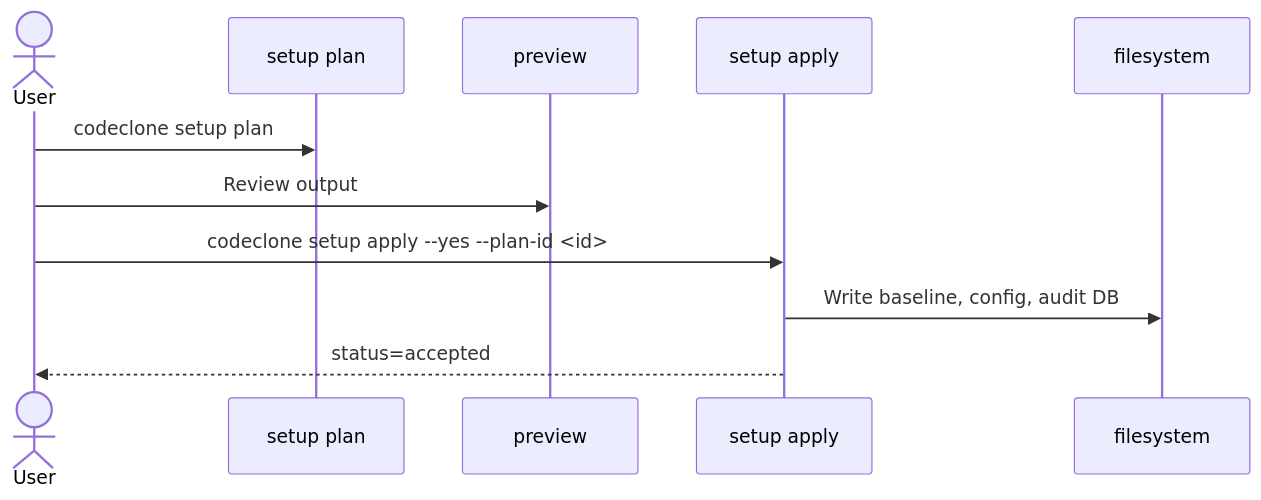
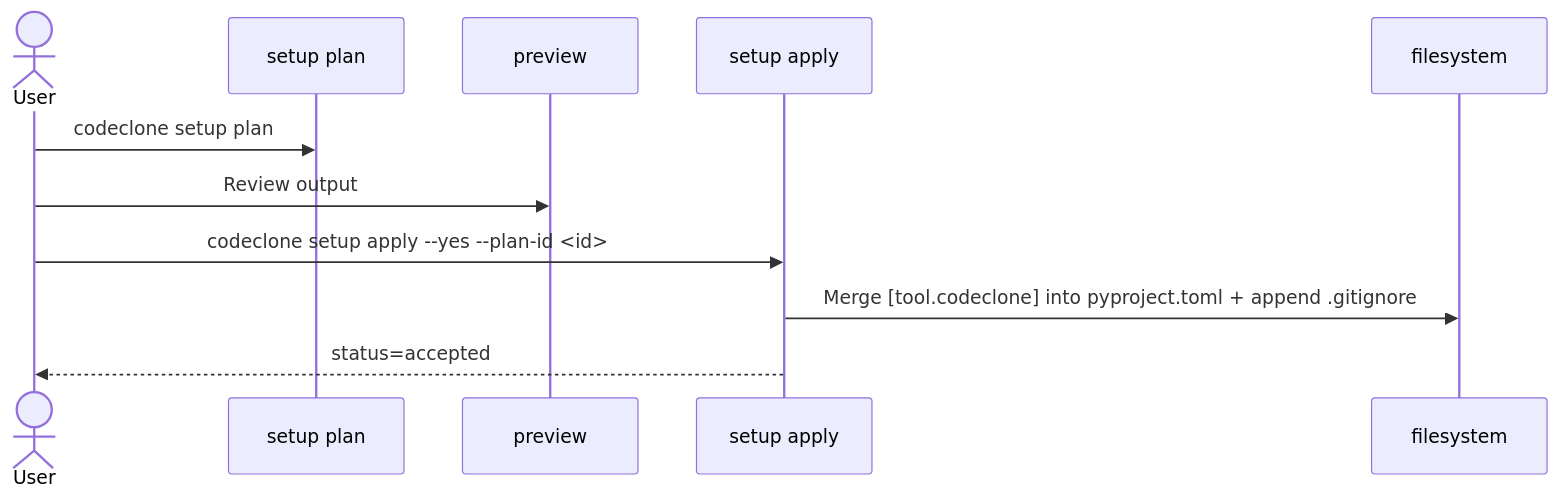
One commit to orenlab/codeclone changed the diagram in docs/guides/setup-project.md. Above: the diagram before and after it, drawn with Mermaid. The commit also changed other lines of this file and 38 other files, not shown here.

````diff
--- a/docs/guides/setup-project.md
+++ b/docs/guides/setup-project.md
@@ -32,9 +30,9 @@
 ```mermaid
 sequenceDiagram
   actor User
   User->>setup plan: codeclone setup plan
   User->>preview: Review output
   User->>setup apply: codeclone setup apply --yes --plan-id <id>
-  setup apply->>filesystem: Write baseline, config, audit DB
+  setup apply->>filesystem: Merge [tool.codeclone] into pyproject.toml + append .gitignore
   setup apply-->>User: status=accepted
 ```
````
